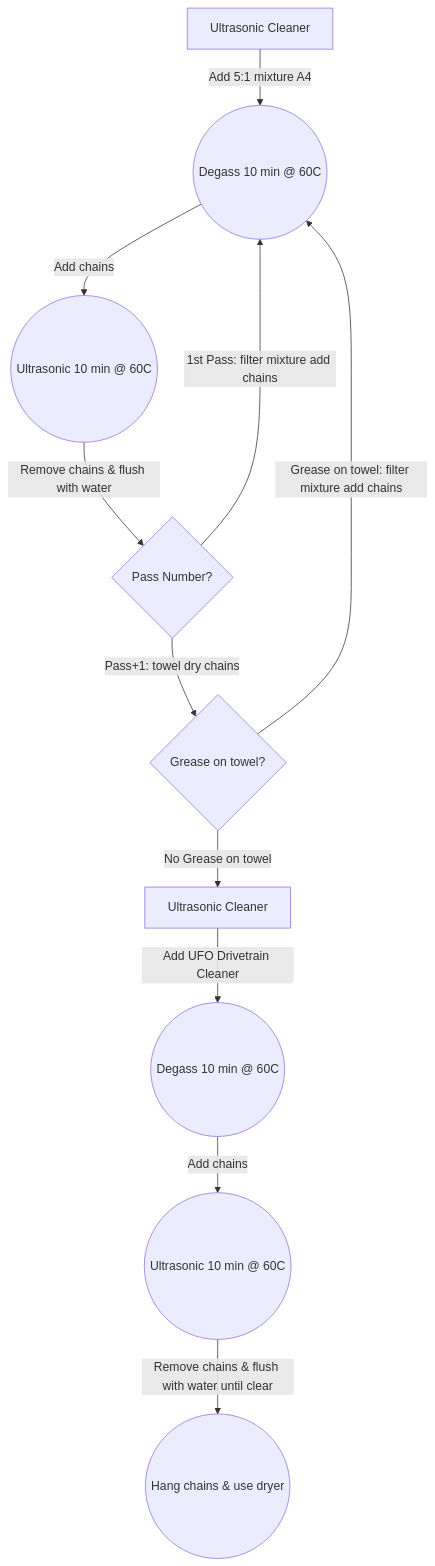
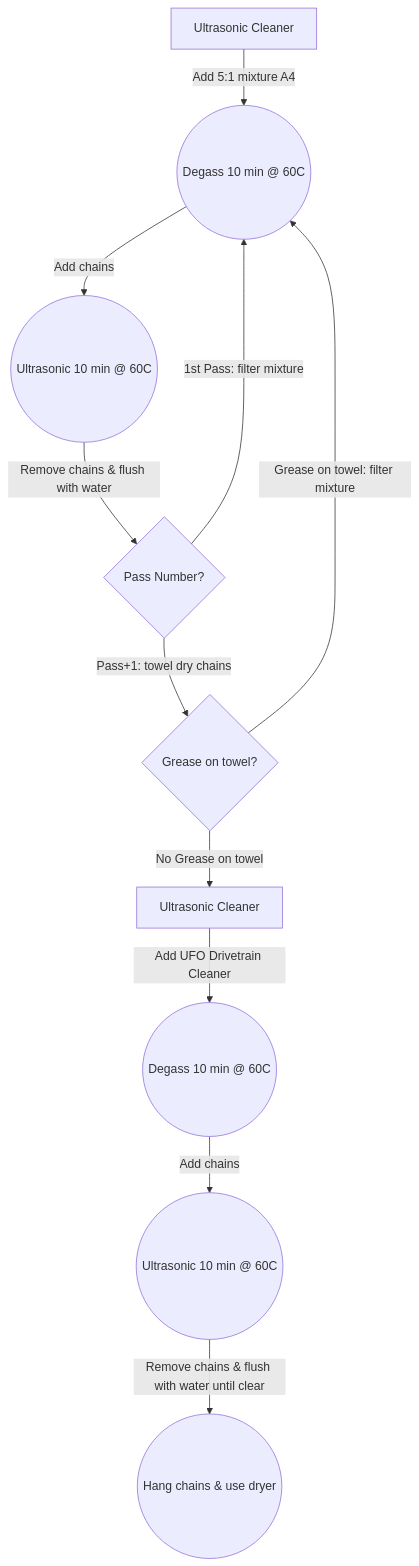
The diagram in docs/Docs/Bicycle-Chain-Waxing.md (rneher-igel/Neher), drawn with Mermaid before and after one commit.

````diff
--- a/docs/Docs/Bicycle-Chain-Waxing.md
+++ b/docs/Docs/Bicycle-Chain-Waxing.md
@@ -26,13 +26,13 @@
 ```mermaid
 flowchart TD
  A[Ultrasonic Cleaner]-- Add 5:1 mixture A4 --> B((Degass 10 min @ 60C))
  B-- Add chains --> C((Ultrasonic 10 min @ 60C))
  C -- Remove chains & flush with water --> D{Pass Number?}
- D -- 1st Pass: filter mixture add chains --> B
+ D -- 1st Pass: filter mixture --> B
  D -- Pass+1: towel dry chains --> E{Grease on towel?}
- E -- Grease on towel: filter mixture add chains --> B
+ E -- Grease on towel: filter mixture --> B
  E -- No Grease on towel --> F[Ultrasonic Cleaner]
  F -- Add UFO Drivetrain Cleaner --> G((Degass 10 min @ 60C))
  G -- Add chains --> H((Ultrasonic 10 min @ 60C))
  H -- Remove chains & flush with water until clear --> I((Hang chains & use dryer))
 ```
````
